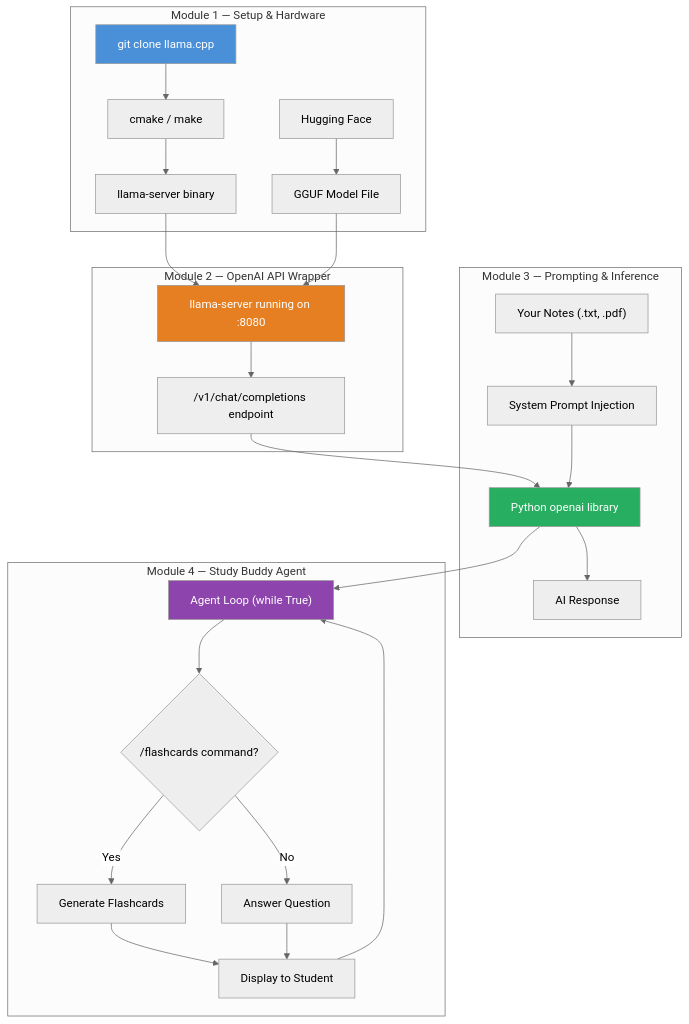
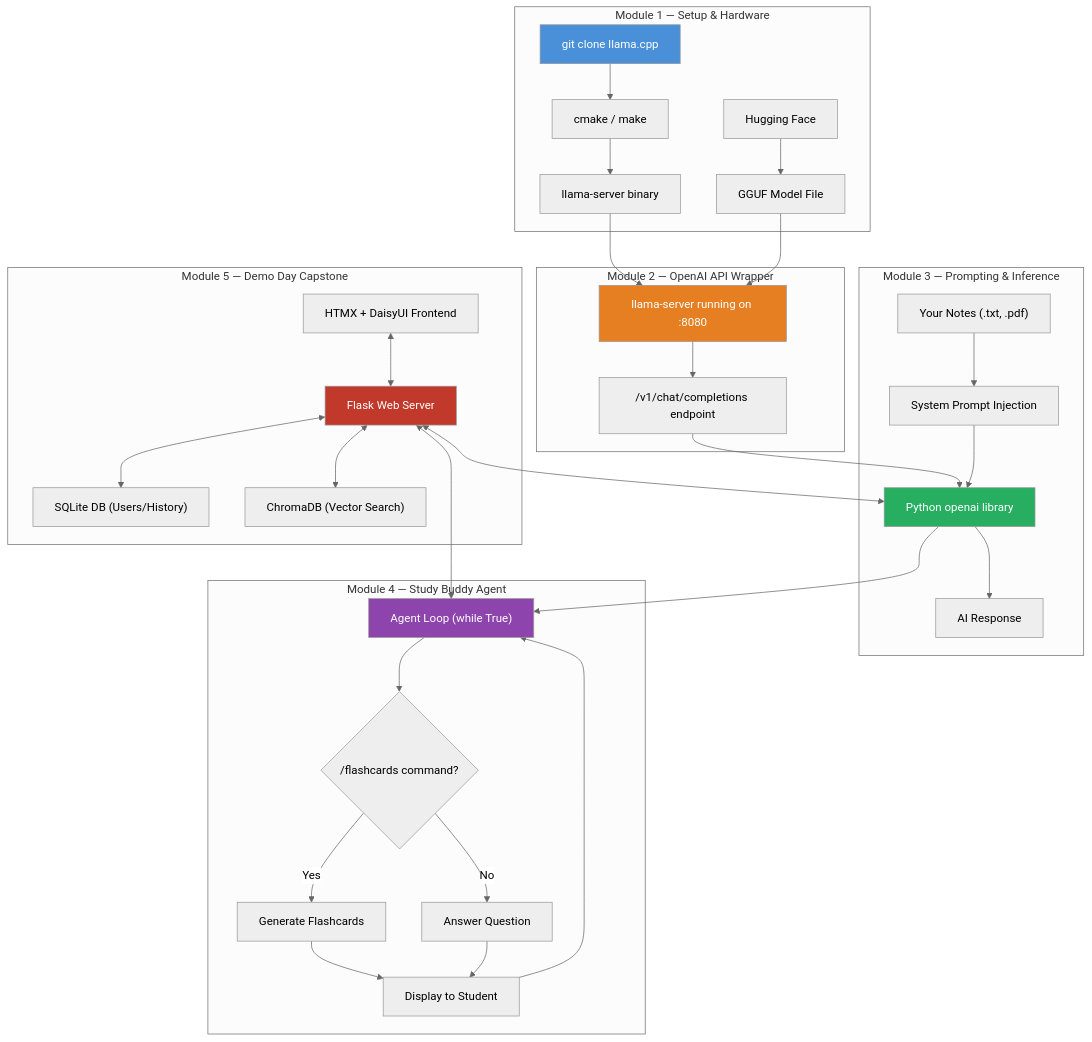
Before and after one commit to laurenvil/OpenFrontier: the first of 2 diagrams in assets/architecture-diagram.md, drawn with Mermaid (neutral theme). The commit also changed other lines of this file, not shown here.

Commit message:
Docs: Add Module 5 to architecture diagram

````diff
--- a/assets/architecture-diagram.md
+++ b/assets/architecture-diagram.md
@@ -5,36 +5,50 @@
 ```mermaid
 graph TB
     subgraph "Module 1 — Setup & Hardware"
         A["git clone llama.cpp"] --> B["cmake / make"]
         B --> C["llama-server binary"]
         D["Hugging Face"] --> E["GGUF Model File"]
     end
 
     subgraph "Module 2 — OpenAI API Wrapper"
         C --> F["llama-server running on :8080"]
         E --> F
         F --> G["/v1/chat/completions endpoint"]
     end
 
     subgraph "Module 3 — Prompting & Inference"
         G --> H["Python openai library"]
         I["Your Notes (.txt, .pdf)"] --> J["System Prompt Injection"]
         J --> H
         H --> K["AI Response"]
     end
 
     subgraph "Module 4 — Study Buddy Agent"
         H --> L["Agent Loop (while True)"]
         L --> M{"/flashcards command?"}
         M -->|Yes| N["Generate Flashcards"]
         M -->|No| O["Answer Question"]
         N --> P["Display to Student"]
         O --> P
         P --> L
     end
 
+    subgraph "Module 5 — Demo Day Capstone"
+        Q["Flask Web Server"]
+        R["SQLite DB (Users/History)"]
+        S["ChromaDB (Vector Search)"]
+        T["HTMX + DaisyUI Frontend"]
+        
+        T <--> Q
+        Q <--> R
+        Q <--> S
+        Q <--> H
+        Q <--> L
+    end
+
     style A fill:#4a90d9,color:#fff
     style F fill:#e67e22,color:#fff
     style H fill:#27ae60,color:#fff
     style L fill:#8e44ad,color:#fff
+    style Q fill:#c0392b,color:#fff
 ```
````
